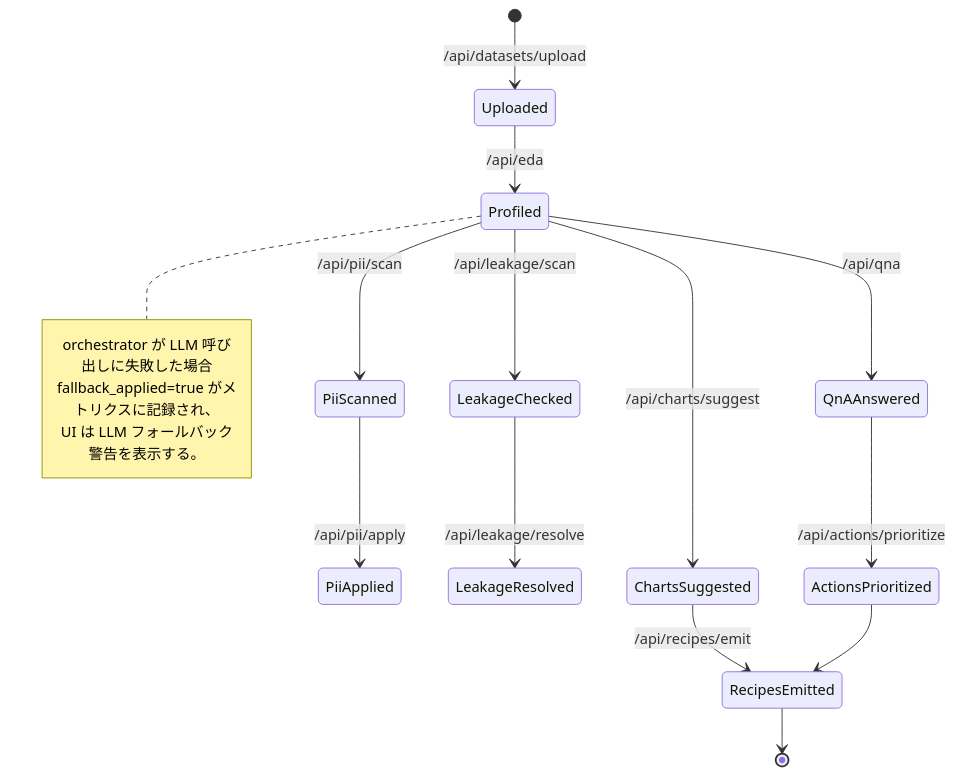
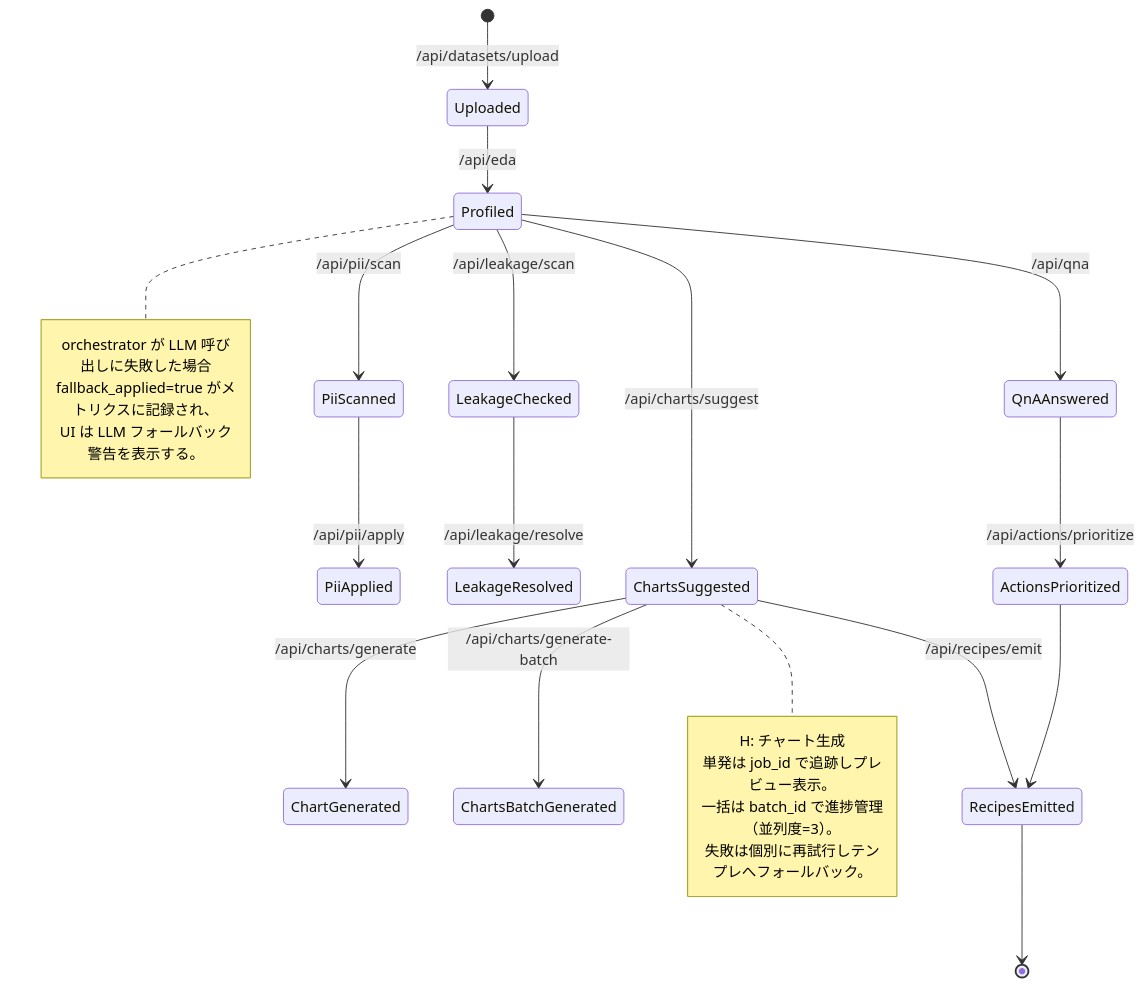
The seventh of 7 diagrams in docs/diagram.md (youkawa/AutoEDA), drawn with Mermaid before and after one commit. The commit also changed other lines of this file and 32 other files, not shown here.

````diff
--- a/docs/diagram.md
+++ b/docs/diagram.md
@@ -151,20 +206,28 @@
 ```mermaid
-stateDiagram
+stateDiagram-v2
   [*] --> Uploaded : /api/datasets/upload
   Uploaded --> Profiled : /api/eda
   Profiled --> PiiScanned : /api/pii/scan
   PiiScanned --> PiiApplied : /api/pii/apply
   Profiled --> LeakageChecked : /api/leakage/scan
   LeakageChecked --> LeakageResolved : /api/leakage/resolve
   Profiled --> ChartsSuggested : /api/charts/suggest
+  ChartsSuggested --> ChartGenerated : /api/charts/generate
+  ChartsSuggested --> ChartsBatchGenerated : /api/charts/generate-batch
   Profiled --> QnAAnswered : /api/qna
   QnAAnswered --> ActionsPrioritized : /api/actions/prioritize
   ChartsSuggested --> RecipesEmitted : /api/recipes/emit
   ActionsPrioritized --> RecipesEmitted
   RecipesEmitted --> [*]
   note right of Profiled
     orchestrator が LLM 呼び出しに失敗した場合
     fallback_applied=true がメトリクスに記録され、
     UI は LLM フォールバック警告を表示する。
   end note
+  note right of ChartsSuggested
+    H: チャート生成
+    単発は job_id で追跡しプレビュー表示。
+    一括は batch_id で進捗管理（並列度=3）。
+    失敗は個別に再試行しテンプレへフォールバック。
+  end note
 ```
````
